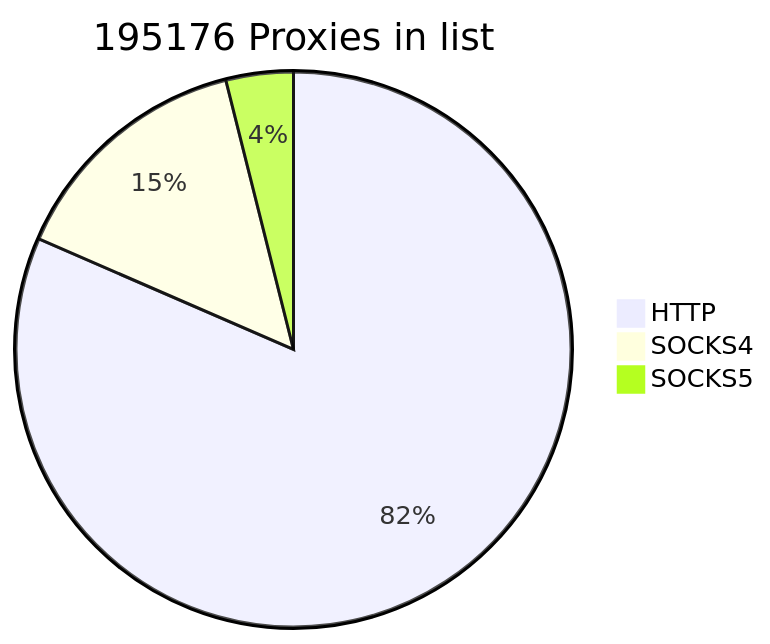
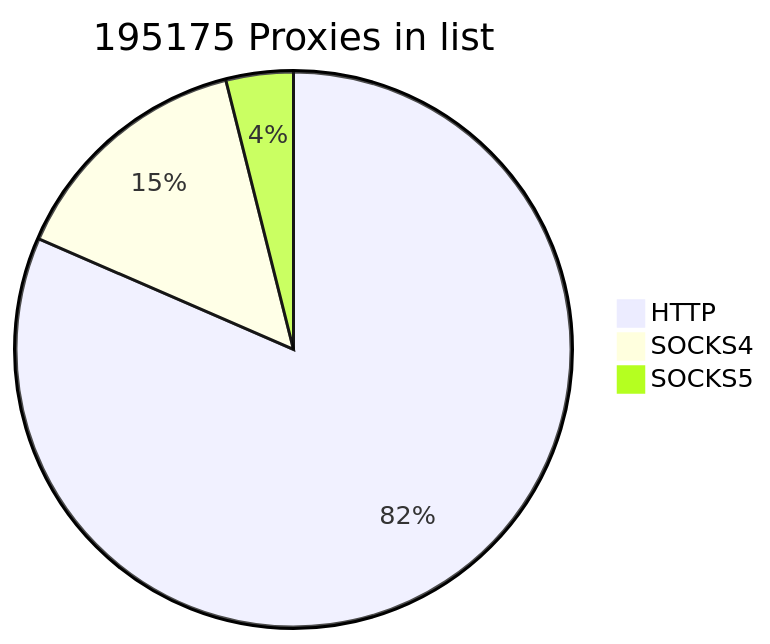
One commit to cutipu/proxylist changed the first of 2 diagrams in README.md. Above: the diagram before and after it, drawn with Mermaid. The commit also changed other lines of this file, not shown here.

````diff
--- a/README.md
+++ b/README.md
@@ -2,7 +2,7 @@
 ```mermaid
-pie title 195176 Proxies in list
+pie title 195175 Proxies in list
     "HTTP" : 159115
     "SOCKS4" : 28414
-    "SOCKS5" : 7647
+    "SOCKS5" : 7646
             
 ```
````
